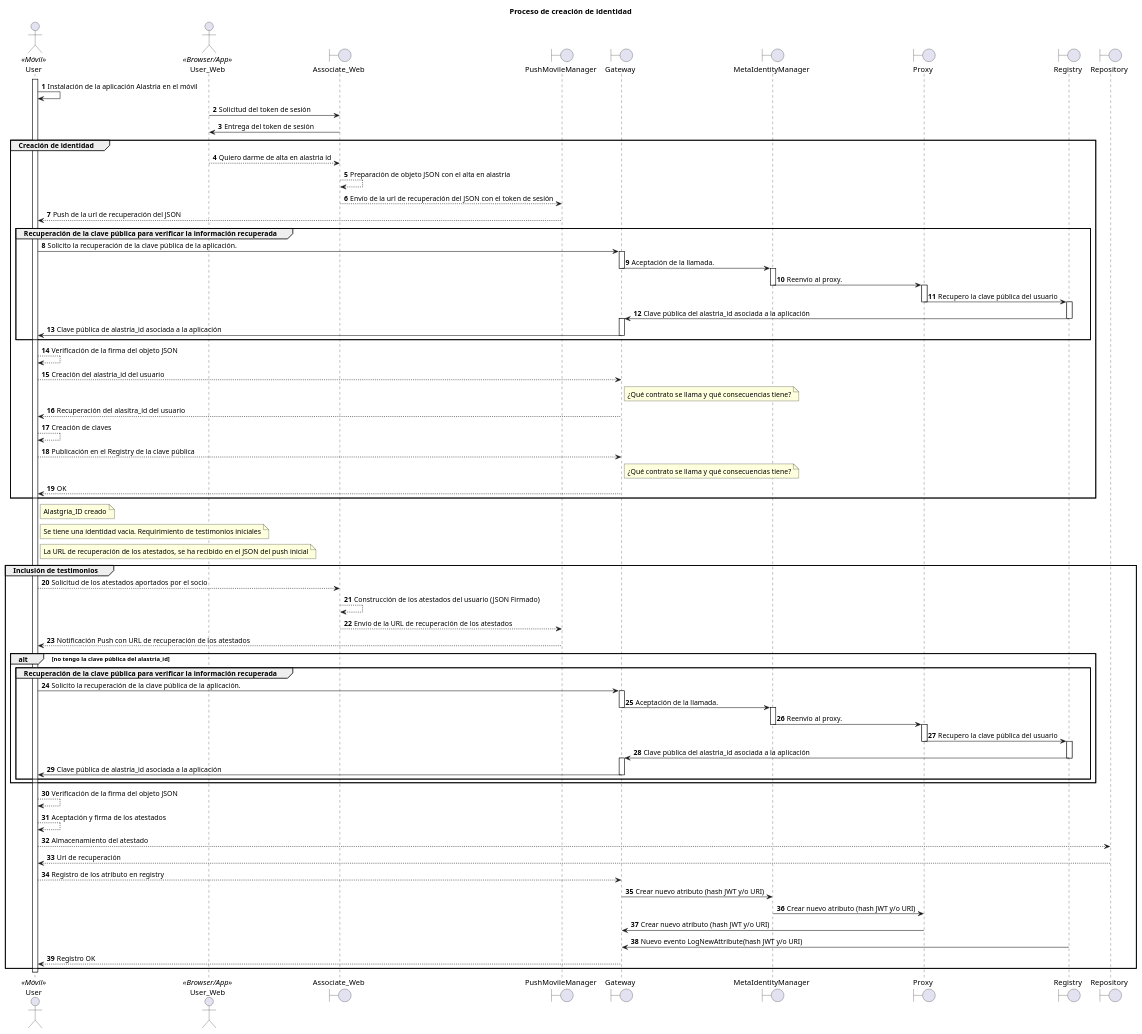
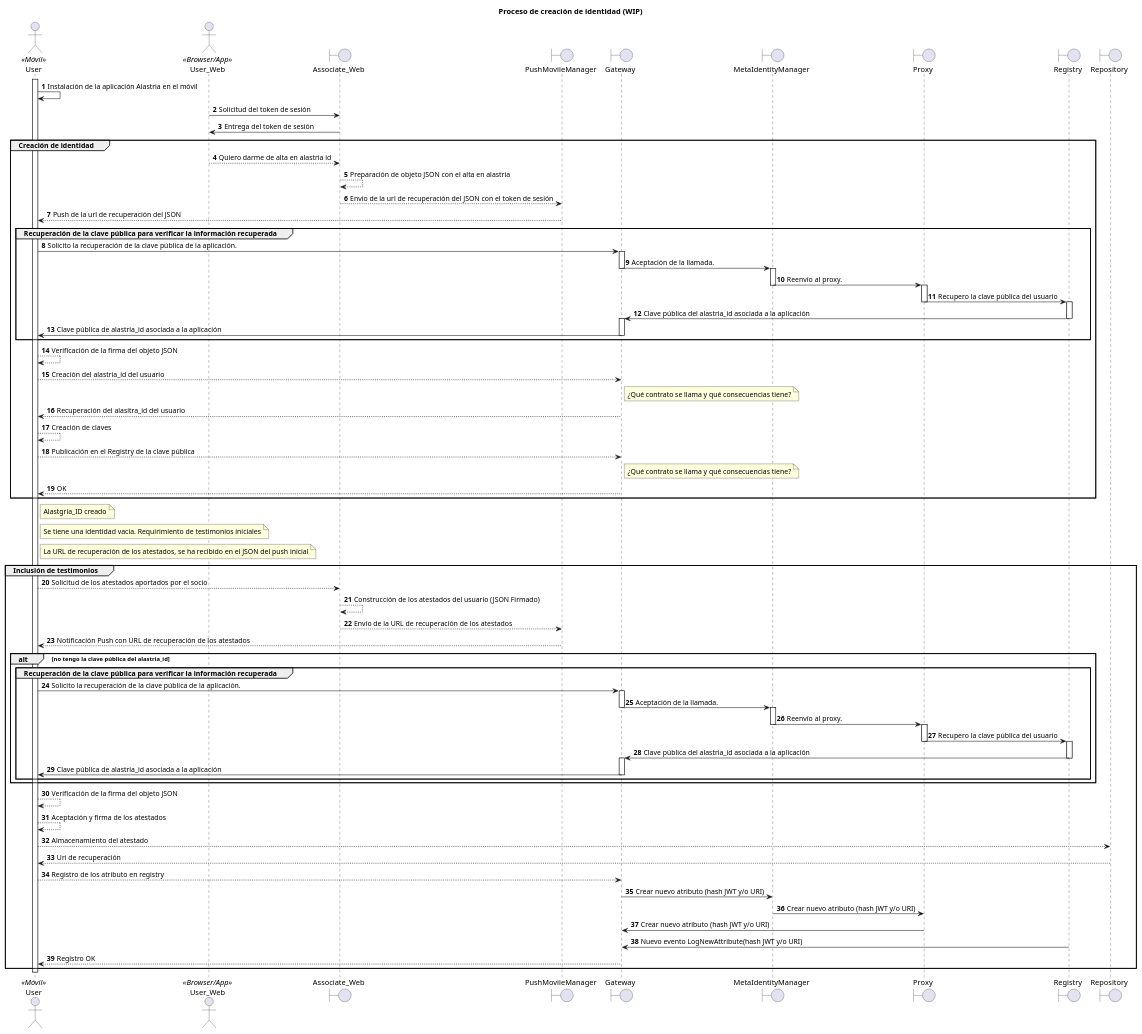
One commit to alastria/alastria-identity changed the diagram in diagrams/creación.puml. Above: the diagram before and after it, drawn with PlantUML. The commit also changed 1 other file, not shown here.

Commit message:
Generación de la imágen del diagrama de secuencia de creación.

```diff
--- a/diagrams/creación.puml
+++ b/diagrams/creación.puml
@@ -1,101 +1,101 @@
 @startuml
 actor User <<Móvil>>
 actor User_Web <<Browser/App>>
 boundary Associate_Web
 boundary  PushMovileManager
 boundary Gateway
 boundary MetaIdentityManager
 boundary Proxy
 boundary Registry
 
 boundary Repository
 autonumber
 title
-    Proceso de creación de identidad
+    Proceso de creación de identidad (WIP)
 end title
 activate User
 User->User: Instalación de la aplicación Alastria en el móvil
 
 User_Web->Associate_Web: Solicitud del token de sesión
 Associate_Web->User_Web: Entrega del token de sesión
 
 group Creación de identidad
 User_Web-->Associate_Web: Quiero darme de alta en alastria id
 Associate_Web --> Associate_Web: Preparación de objeto JSON con el alta en alastria
 Associate_Web --> PushMovileManager: Envío de la url de recuperación del JSON con el token de sesión
 PushMovileManager --> User: Push de la url de recuperación del JSON
 
 group Recuperación de la clave pública para verificar la información recuperada
     User->Gateway: Solicito la recuperación de la clave pública de la aplicación.
     activate Gateway
     Gateway->MetaIdentityManager: Aceptación de la llamada.
     deactivate Gateway
     activate MetaIdentityManager
     MetaIdentityManager->Proxy: Reenvío al proxy.
     deactivate MetaIdentityManager
     activate Proxy
     Proxy->Registry: Recupero la clave pública del usuario
     deactivate Proxy
     activate Registry
     Registry->Gateway: Clave pública del alastria_id asociada a la aplicación 
     deactivate Registry
     activate Gateway
     Gateway->User: Clave pública de alastria_id asociada a la aplicación
     deactivate Gateway
 end
 
 User --> User: Verificación de la firma del objeto JSON
 User --> Gateway: Creación del alastria_id del usuario
 note right Gateway: ¿Qué contrato se llama y qué consecuencias tiene?
 Gateway --> User: Recuperación del alasitra_id del usuario
 User --> User: Creación de claves
 User --> Gateway: Publicación en el Registry de la clave pública
 note right Gateway: ¿Qué contrato se llama y qué consecuencias tiene?
 Gateway --> User: OK
 end
 
 note right User: Alastgria_ID creado
 note right User: Se tiene una identidad vacia. Requirimiento de testimonios iniciales
 note right User: La URL de recuperación de los atestados, se ha recibido en el JSON del push inicial
 
 group Inclusión de testimonios
 User --> Associate_Web: Solicitud de los atestados aportados por el socio
 Associate_Web --> Associate_Web: Construcción de los atestados del usuario (JSON Firmado)
 Associate_Web --> PushMovileManager: Envío de la URL de recuperación de los atestados
 PushMovileManager --> User: Notificación Push con URL de recuperación de los atestados
 alt no tengo la clave pública del alastria_id
   group Recuperación de la clave pública para verificar la información recuperada
     User->Gateway: Solicito la recuperación de la clave pública de la aplicación.
     activate Gateway
     Gateway->MetaIdentityManager: Aceptación de la llamada.
     deactivate Gateway
     activate MetaIdentityManager
     MetaIdentityManager->Proxy: Reenvío al proxy.
     deactivate MetaIdentityManager
     activate Proxy
     Proxy->Registry: Recupero la clave pública del usuario
     deactivate Proxy
     activate Registry
     Registry->Gateway: Clave pública del alastria_id asociada a la aplicación 
     deactivate Registry
     activate Gateway
     Gateway->User: Clave pública de alastria_id asociada a la aplicación
     deactivate Gateway
   end
 end
 User --> User: Verificación de la firma del objeto JSON
 User --> User: Aceptación y firma de los atestados
 
 User --> Repository: Almacenamiento del atestado
 Repository --> User: Uri de recuperación
 
 User --> Gateway: Registro de los atributo en registry
 Gateway -> MetaIdentityManager: Crear nuevo atributo (hash JWT y/o URI)
 MetaIdentityManager -> Proxy: Crear nuevo atributo (hash JWT y/o URI)
 Proxy -> Gateway: Crear nuevo atributo (hash JWT y/o URI)
 Registry -> Gateway: Nuevo evento LogNewAttribute(hash JWT y/o URI)
 Gateway --> User: Registro OK
 end
 
 deactivate User
 @enduml
```
